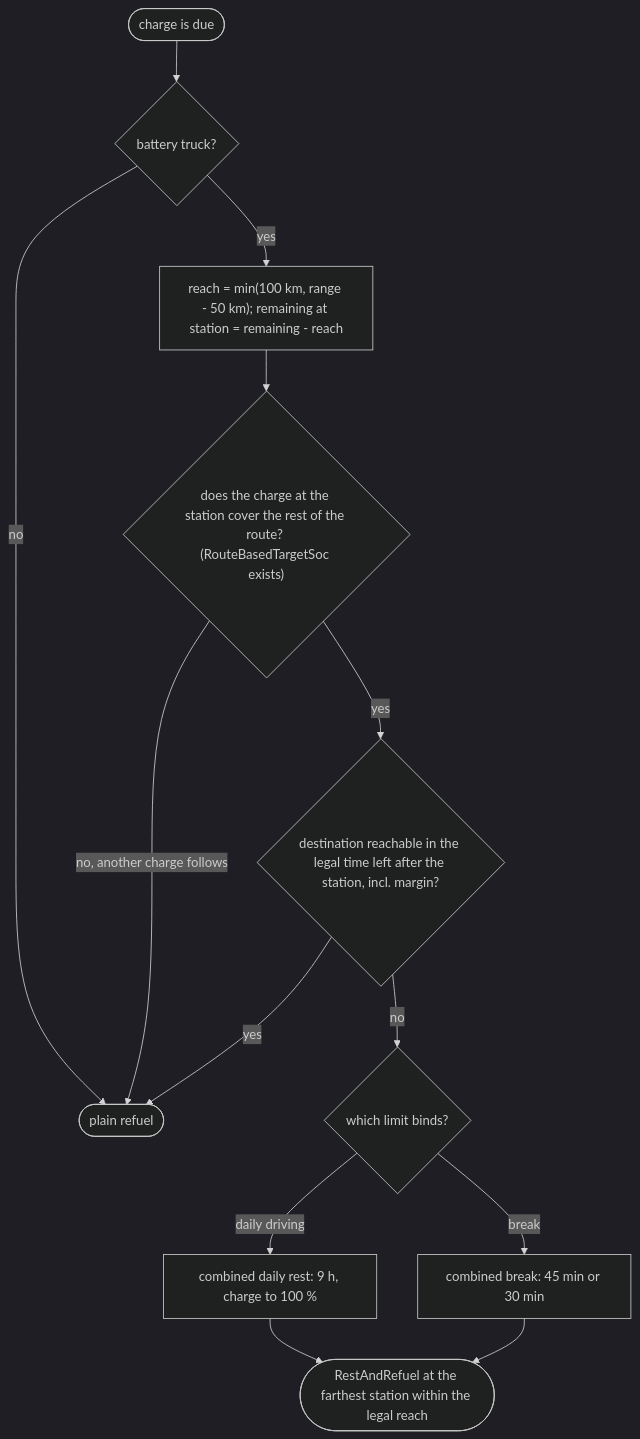
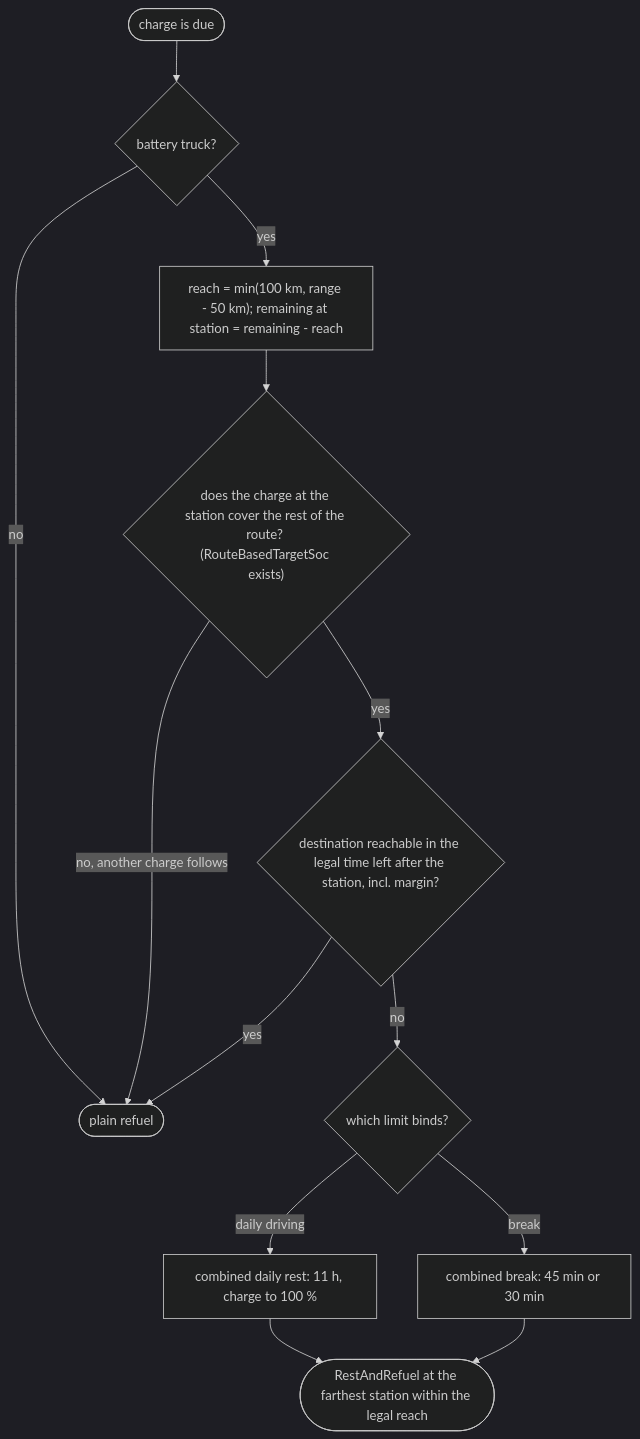
One commit to MARS-Group-HAW/model-soh changed the third of 4 diagrams in SOHTruckFuelAlternativeBox/docs/driving-behaviour.md. Above: the diagram before and after it, drawn with Mermaid (dark theme). The commit also changed other lines of this file and 12 other files, not shown here.

````diff
--- a/SOHTruckFuelAlternativeBox/docs/driving-behaviour.md
+++ b/SOHTruckFuelAlternativeBox/docs/driving-behaviour.md
@@ -123,15 +129,15 @@
 ```mermaid
 flowchart TD
     S([charge is due]) --> B{"battery truck?"}
     B -- no --> N([plain refuel])
     B -- yes --> P["reach = min(100 km, range - 50 km); remaining at station = remaining - reach"]
     P --> L{"does the charge at the station cover the rest of the route? (RouteBasedTargetSoc exists)"}
     L -- "no, another charge follows" --> N
     L -- yes --> T{"destination reachable in the legal time left after the station, incl. margin?"}
     T -- yes --> N
     T -- no --> K{"which limit binds?"}
-    K -- "daily driving" --> DR["combined daily rest: 9 h, charge to 100 %"]
+    K -- "daily driving" --> DR["combined daily rest: 11 h, charge to 100 %"]
     K -- break --> BR["combined break: 45 min or 30 min"]
     DR --> C(["RestAndRefuel at the farthest station within the legal reach"])
     BR --> C
 ```
````
